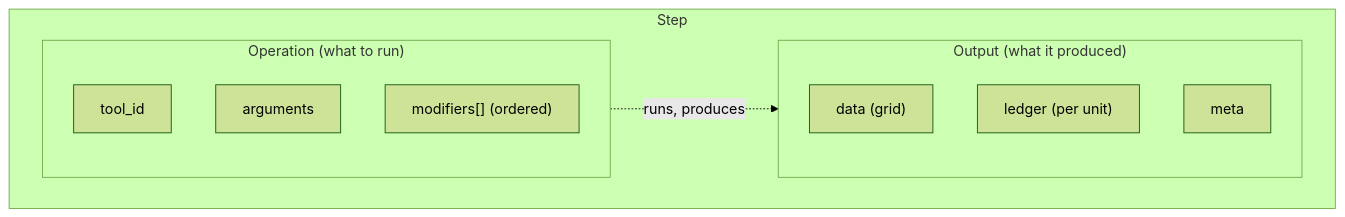
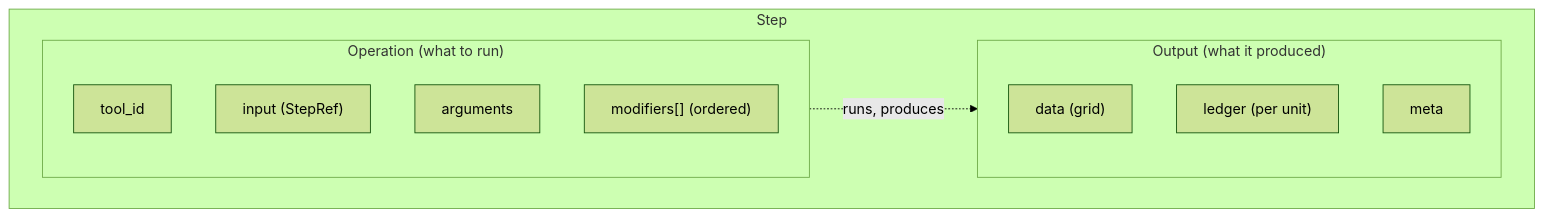
One commit to stusynakowski/simple-steps-core changed the second of 4 diagrams in docs/object-model.md. Above: the diagram before and after it, drawn with Mermaid (forest theme). The commit also changed other lines of this file and 9 other files, not shown here.

````diff
--- a/docs/object-model.md
+++ b/docs/object-model.md
@@ -173,17 +177,18 @@
 ```mermaid
 flowchart LR
     subgraph Step
       direction LR
       subgraph Operation["Operation (what to run)"]
         T["tool_id"]
+        I["input (StepRef)"]
         A["arguments"]
         M["modifiers[] (ordered)"]
       end
       subgraph Output["Output (what it produced)"]
         D["data (grid)"]
         L["ledger (per unit)"]
         E["meta"]
       end
     end
     Operation -. "runs, produces" .-> Output
 ```
````
